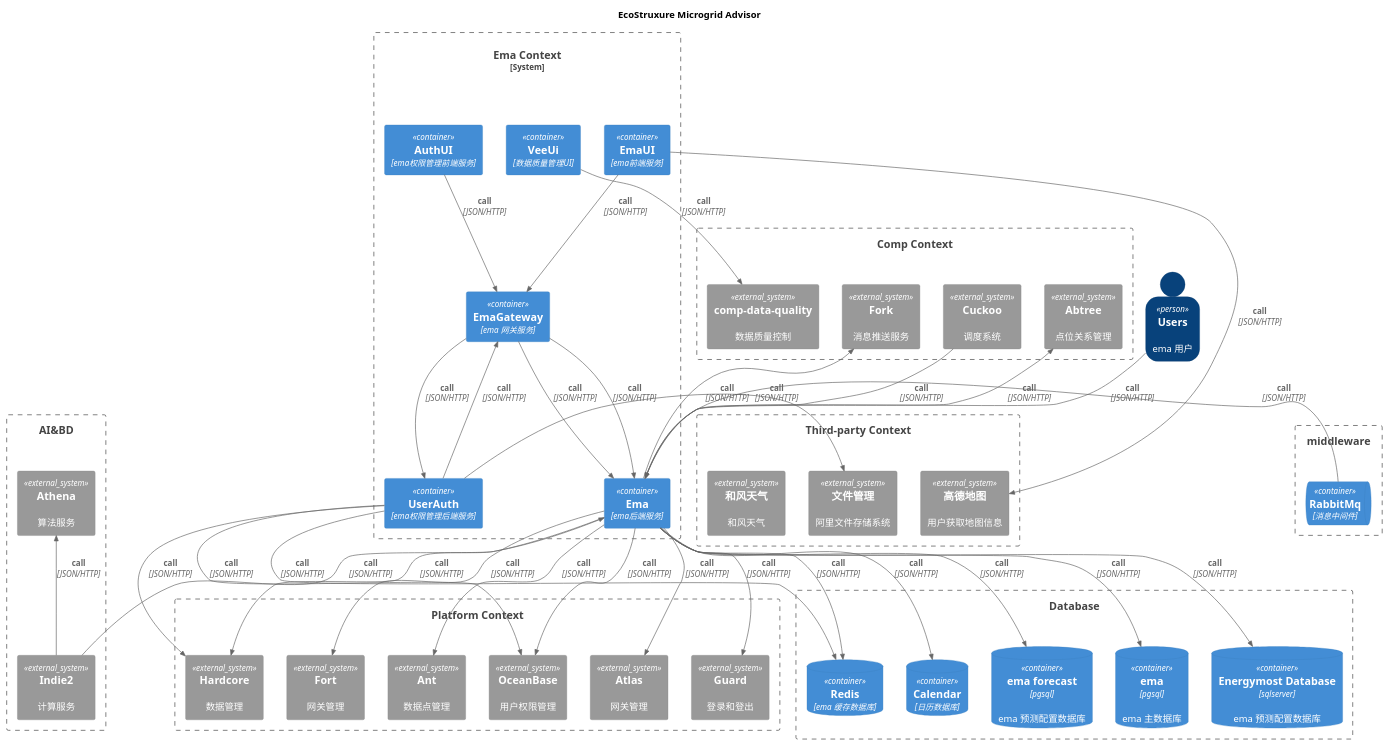
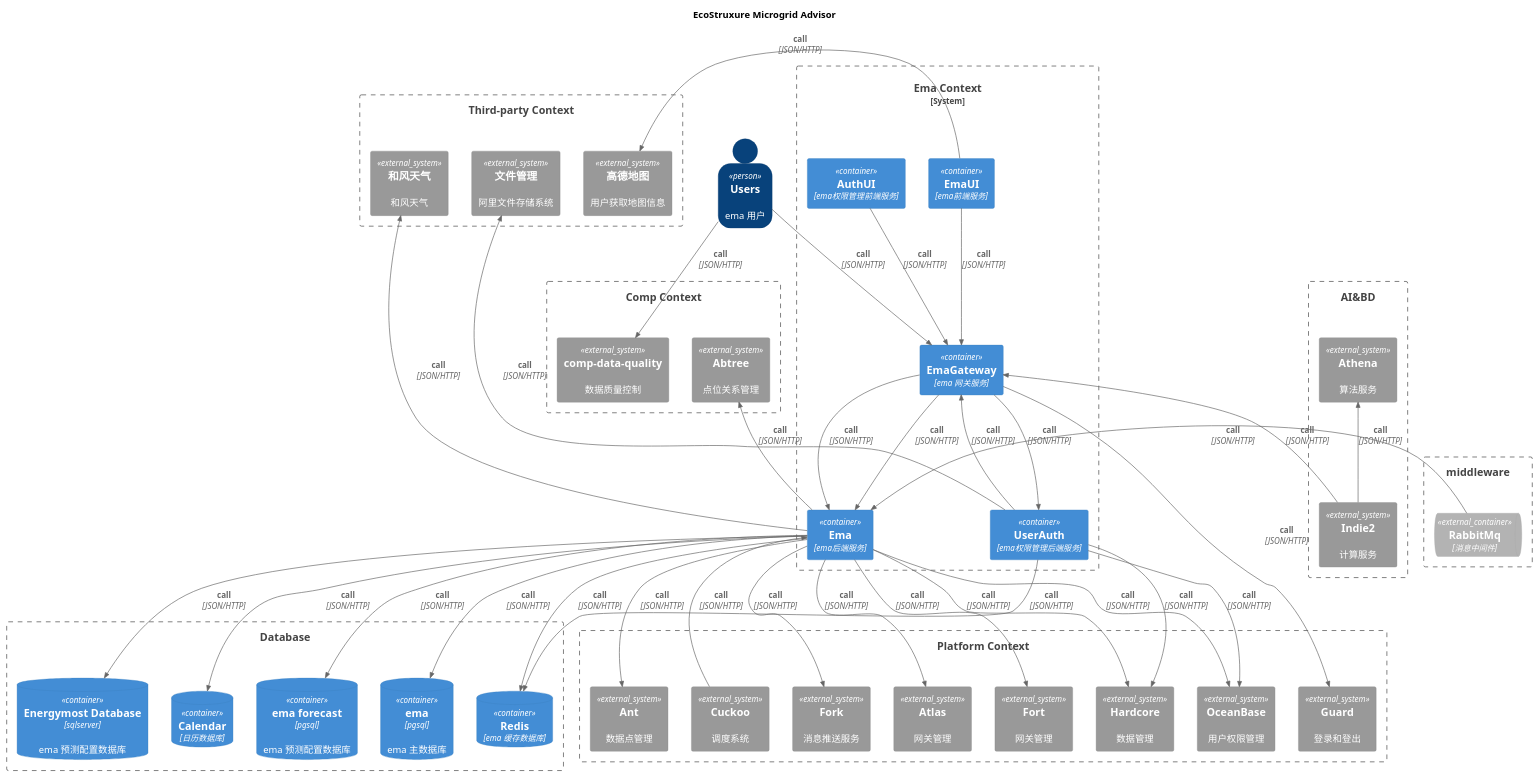
The diagram in c4-ema/ema_container.puml (0shuibo/C4-UML), drawn with PlantUML before and after one commit. The commit also changed 1 other file, not shown here.

Commit message:
提交C4图

```diff
--- a/c4-ema/ema_container.puml
+++ b/c4-ema/ema_container.puml
@@ -1,106 +1,107 @@
 @startuml energy_hub_container
 !include ../C4_Container.puml
 
 LAYOUT_TOP_DOWN()
 SHOW_PERSON_OUTLINE()
 
 title EcoStruxure Microgrid Advisor
 
 Person(customer, Users, "ema 用户")
 
 System_Boundary(emaSystem, "Ema Context") {
     Container(emaUI, "EmaUI", "ema前端服务")
     Container(ema, "Ema", "ema后端服务")
     Container(AuthUI, "AuthUI", "ema权限管理前端服务")
     Container(userAuth, "UserAuth", "ema权限管理后端服务")
-    Container(veeUi, "VeeUi", "数据质量管理UI")
     Container(emaGateway, "EmaGateway", "ema 网关服务")
 
     Rel_D(emaUI,emaGateway,"call", "JSON/HTTP")
     Rel_D(emaGateway,ema,"call", "JSON/HTTP")
     Rel_D(AuthUI,emaGateway,"call", "JSON/HTTP")
     Rel_D(emaGateway,userAuth,"call", "JSON/HTTP")
     Rel_L(userAuth,emaGateway,"call", "JSON/HTTP")
     Rel_D(emaGateway,ema,"call", "JSON/HTTP")
 }
 
-
-Boundary(platformSystem, "Platform Context") {
-    System_Ext(atlas, "Atlas", "网关管理")
-    System_Ext(guard, "Guard", "登录和登出")
-    System_Ext(oceanBase, "OceanBase", "用户权限管理")
-    System_Ext(fort, "Fort", "网关管理")
-    System_Ext(ant, "Ant", "数据点管理")
-    System_Ext(hardcore, "Hardcore", "数据管理")
-
-    Rel_D(ema,atlas,"call", "JSON/HTTP")
-    Rel_D(ema,guard,"call", "JSON/HTTP")
-    Rel_D(ema,oceanBase,"call", "JSON/HTTP")
-    Rel_D(ema,fort,"call", "JSON/HTTP")
-    Rel_D(ema,ant,"call", "JSON/HTTP")
-    Rel_D(ema,hardcore,"call", "JSON/HTTP")
-}
-
-Boundary(compSystem, "Comp Context") {
-    System_Ext(fork, "Fork", "消息推送服务")
-    System_Ext(abtree, "Abtree", "点位关系管理")
-    System_Ext(cuckoo, "Cuckoo", "调度系统")
-    System_Ext(vee, "comp-data-quality", "数据质量控制")
-
-    Rel_U(ema,fork,"call", "JSON/HTTP")
-    Rel_U(ema,abtree,"call", "JSON/HTTP")
-    Rel_U(cuckoo,ema,"call", "JSON/HTTP")
-    ' Rel_U(ema,vee,"call", "JSON/HTTP")
-}
-
-
-Boundary(AI&BD, "AI&BD") {
-    System_Ext(athena, "Athena", "算法服务")
-    System_Ext(indie2, "Indie2", "计算服务")
-
-    Rel_U(indie2,ema,"call", "JSON/HTTP")
-    Rel_U(indie2,athena,"call", "JSON/HTTP")
-}
-
-Boundary(middleware, "middleware") {
-    ContainerQueue(rabbitMq, "RabbitMq", "消息中间件")
-    Rel_L(rabbitMq,ema,"call", "JSON/HTTP")
-}
-
-
-Boundary(thirdPartySystem, "Third-party Context") {
-    System_Ext(gis, "高德地图", "用户获取地图信息")
-    System_Ext(oss, "文件管理", "阿里文件存储系统")
-    System_Ext(geo, "和风天气", "和风天气")
-    Rel_R(emaUI,gis,"call", "JSON/HTTP")
-    Rel_R(userAuth,oss,"call", "JSON/HTTP")
-    ' Rel_R(userAuth,oss,"call", "JSON/HTTP")
-
-}
 
 Boundary(emaDatabase, "Database") {
     ContainerDb(emaForecast, "ema forecast", "pgsql", "ema 预测配置数据库")
     ContainerDb(emaDb, "ema", "pgsql", "ema 主数据库")
     ContainerDb(energymostDb, "Energymost Database", "sqlserver", "ema 预测配置数据库")
     ContainerDb(calendar, "Calendar", "日历数据库")
     ContainerDb(redis, "Redis", "ema 缓存数据库")
     Rel_D(ema,redis,"call", "JSON/HTTP")
     Rel_D(userAuth,redis,"call", "JSON/HTTP")
     Rel_D(ema,emaDb,"call", "JSON/HTTP")
     Rel_D(ema,calendar,"call", "JSON/HTTP")
     Rel_D(ema,emaForecast,"call", "JSON/HTTP")
     Rel_D(ema,energymostDb,"call", "JSON/HTTP")
 
 }
 
 
-Rel_D(customer,ema,"call", "JSON/HTTP")
+Boundary(platformSystem, "Platform Context") {
+    System_Ext(atlas, "Atlas", "网关管理")
+    System_Ext(guard, "Guard", "登录和登出")
+    System_Ext(oceanBase, "OceanBase", "用户权限管理")
+    System_Ext(fort, "Fort", "网关管理")
+    System_Ext(ant, "Ant", "数据点管理")
+    System_Ext(hardcore, "Hardcore", "数据管理")
+    System_Ext(cuckoo, "Cuckoo", "调度系统")
+    System_Ext(fork, "Fork", "消息推送服务")
 
+    Rel_D(ema,atlas,"call", "JSON/HTTP")
+    Rel_D(emaGateway,guard,"call", "JSON/HTTP")
+    Rel_D(ema,oceanBase,"call", "JSON/HTTP")
+    Rel_D(ema,fort,"call", "JSON/HTTP")
+    Rel_D(ema,ant,"call", "JSON/HTTP")
+    Rel_D(ema,hardcore,"call", "JSON/HTTP")
+    Rel_U(cuckoo,ema,"call", "JSON/HTTP")
+    Rel_D(ema,fork,"call", "JSON/HTTP")
+}
+
+Boundary(compSystem, "Comp Context") {
+
+    System_Ext(abtree, "Abtree", "点位关系管理")
+
+    System_Ext(vee, "comp-data-quality", "数据质量控制")
+
+    Rel_U(ema,abtree,"call", "JSON/HTTP")
+}
+
+
+Boundary(AI&BD, "AI&BD") {
+    System_Ext(athena, "Athena", "算法服务")
+    System_Ext(indie2, "Indie2", "计算服务")
+
+    Rel_U(indie2,emaGateway,"call", "JSON/HTTP")
+    Rel_U(indie2,athena,"call", "JSON/HTTP")
+}
+
+Boundary(middleware, "middleware") {
+    ContainerQueue_Ext(rabbitMq, "RabbitMq", "消息中间件")
+    Rel_R(rabbitMq,ema,"call", "JSON/HTTP")
+}
+
+
+Boundary(thirdPartySystem, "Third-party Context") {
+    System_Ext(gis, "高德地图", "用户获取地图信息")
+    System_Ext(oss, "文件管理", "阿里文件存储系统")
+    System_Ext(geo, "和风天气", "和风天气")
+    Rel_L(emaUI,gis,"call", "JSON/HTTP")
+    Rel_L(userAuth,oss,"call", "JSON/HTTP")
+    Rel_L(ema,geo,"call", "JSON/HTTP")
+
+}
+
+
+
+
+Rel_D(customer,emaGateway,"call", "JSON/HTTP")
+Rel_D(customer,vee,"call", "JSON/HTTP")
 
 Rel_D(userAuth,oceanBase,"call", "JSON/HTTP")
 Rel_D(userAuth,hardcore,"call", "JSON/HTTP")
-Rel_D(veeUi,vee,"call", "JSON/HTTP")
-
 
 
 @enduml
```
